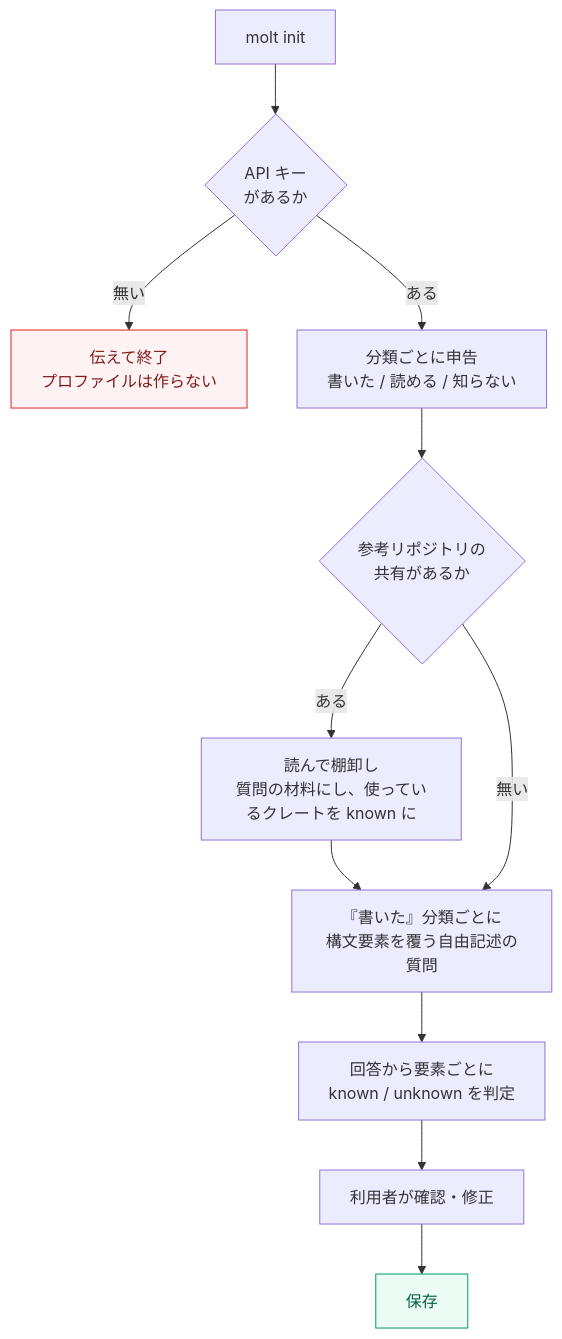
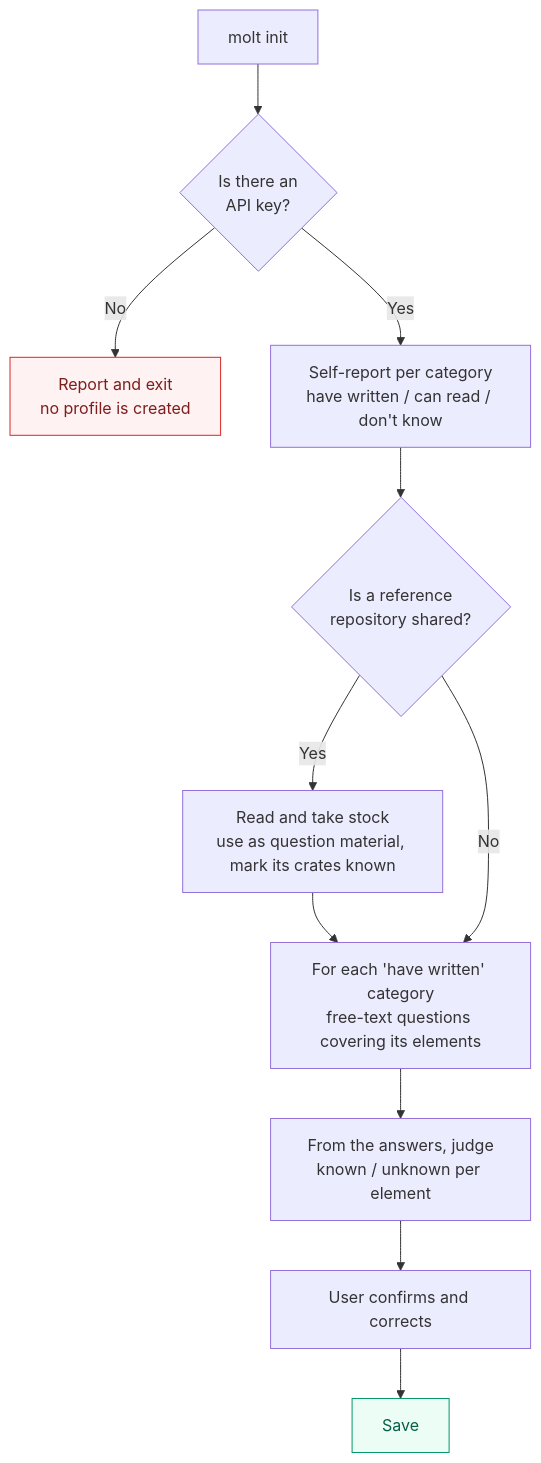
One commit to sumiredc/molt changed the third of 9 diagrams in PRD.md. Above: the diagram before and after it, drawn with Mermaid. The commit also changed other lines of this file and 1 other file, not shown here.

````diff
--- a/PRD.md
+++ b/PRD.md
@@ -128,13 +130,13 @@
 ```mermaid
 flowchart TB
-  S["molt init"] --> K{"API キー<br/>があるか"}
-  K -- "無い" --> X1["伝えて終了<br/>プロファイルは作らない"]:::bad
-  K -- "ある" --> D["分類ごとに申告<br/>書いた / 読める / 知らない"]
-  D --> R{"参考リポジトリの<br/>共有があるか"}
-  R -- "ある" --> RS["読んで棚卸し<br/>質問の材料にし、使っているクレートを known に"] --> Q
-  R -- "無い" --> Q
-  Q["『書いた』分類ごとに<br/>構文要素を覆う自由記述の質問"] --> J["回答から要素ごとに<br/>known / unknown を判定"]
-  J --> V["利用者が確認・修正"] --> SV["保存"]:::ok
+  S["molt init"] --> K{"Is there an<br/>API key?"}
+  K -- "No" --> X1["Report and exit<br/>no profile is created"]:::bad
+  K -- "Yes" --> D["Self-report per category<br/>have written / can read / don't know"]
+  D --> R{"Is a reference<br/>repository shared?"}
+  R -- "Yes" --> RS["Read and take stock<br/>use as question material, mark its crates known"] --> Q
+  R -- "No" --> Q
+  Q["For each 'have written' category<br/>free-text questions covering its elements"] --> J["From the answers, judge<br/>known / unknown per element"]
+  J --> V["User confirms and corrects"] --> SV["Save"]:::ok
   classDef ok   fill:#ecfdf5,stroke:#059669,color:#065f46
   classDef bad  fill:#fef2f2,stroke:#dc2626,color:#7f1d1d
 ```
````
